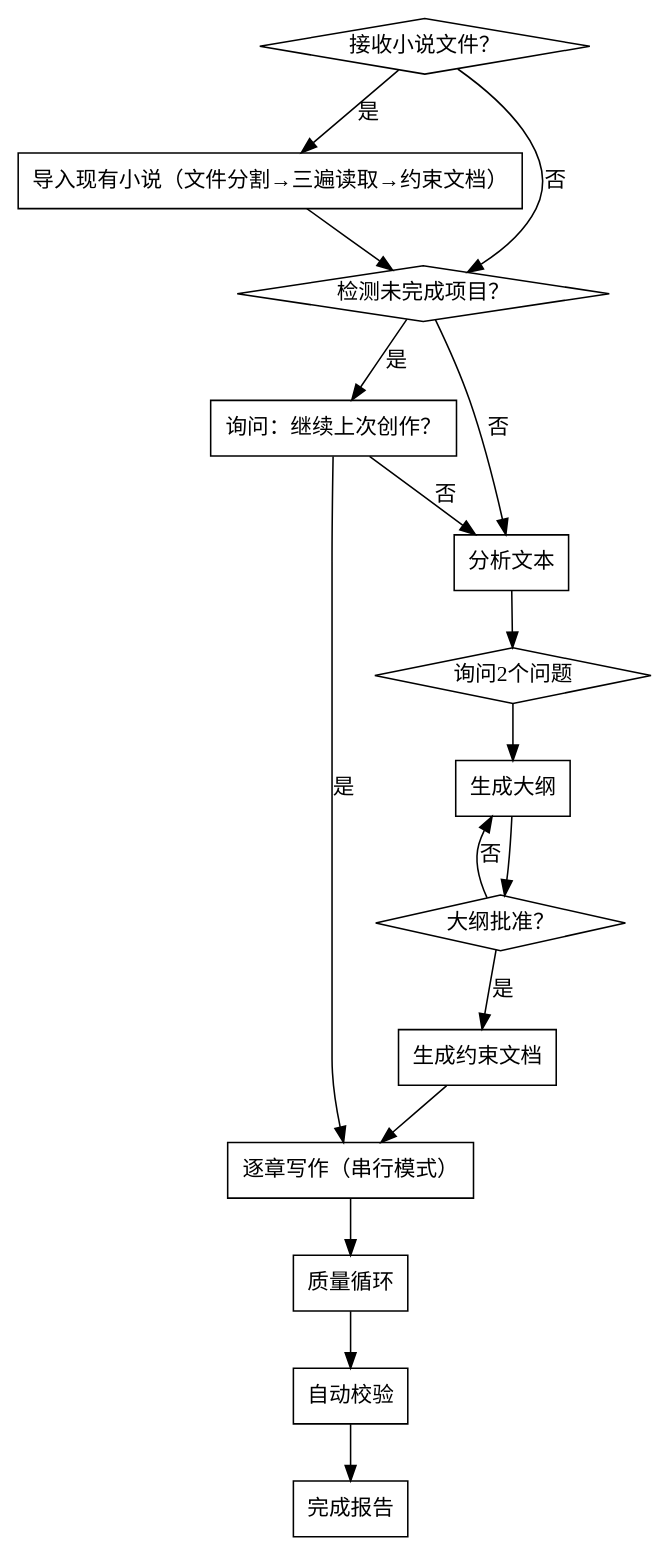
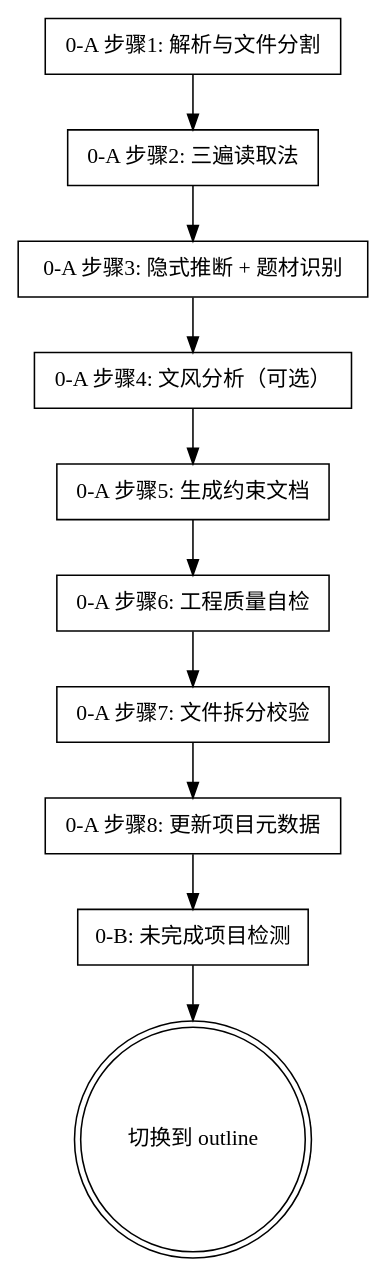
The diagram in novel-continuation/chapter-splitting/SKILL.md (wzwllu/novel-continuation), drawn with Graphviz before and after one commit. The commit also changed other lines of this file and 4 other files, not shown here.

First line of the commit message:
refactor(novel-continuation): comprehensive architecture review and 17-issue fix

````diff
--- a/novel-continuation/chapter-splitting/SKILL.md
+++ b/novel-continuation/chapter-splitting/SKILL.md
@@ -30,34 +34,24 @@
 ```dot
 digraph workflow {
-    "接收小说文件？" [shape=diamond];
-    "导入现有小说（文件分割→三遍读取→约束文档）" [shape=box];
-    "检测未完成项目？" [shape=diamond];
-    "询问：继续上次创作？" [shape=box];
-    "分析文本" [shape=box];
-    "询问2个问题" [shape=diamond];
-    "生成大纲" [shape=box];
-    "大纲批准？" [shape=diamond];
-    "生成约束文档" [shape=box];
-    "逐章写作（串行模式）" [shape=box];
-    "质量循环" [shape=box];
-    "自动校验" [shape=box];
-    "完成报告" [shape=box];
+    "0-A 步骤1: 解析与文件分割" [shape=box];
+    "0-A 步骤2: 三遍读取法" [shape=box];
+    "0-A 步骤3: 隐式推断 + 题材识别" [shape=box];
+    "0-A 步骤4: 文风分析（可选）" [shape=box];
+    "0-A 步骤5: 生成约束文档" [shape=box];
+    "0-A 步骤6: 工程质量自检" [shape=box];
+    "0-A 步骤7: 文件拆分校验" [shape=box];
+    "0-A 步骤8: 更新项目元数据" [shape=box];
+    "0-B: 未完成项目检测" [shape=box];
+    "切换到 outline" [shape=doublecircle];
 
-    "接收小说文件？" -> "导入现有小说（文件分割→三遍读取→约束文档）" [label="是"];
-    "接收小说文件？" -> "检测未完成项目？" [label="否"];
-    "导入现有小说（文件分割→三遍读取→约束文档）" -> "检测未完成项目？";
-    "检测未完成项目？" -> "询问：继续上次创作？" [label="是"];
-    "检测未完成项目？" -> "分析文本" [label="否"];
-    "询问：继续上次创作？" -> "逐章写作（串行模式）" [label="是"];
-    "询问：继续上次创作？" -> "分析文本" [label="否"];
-    "分析文本" -> "询问2个问题";
-    "询问2个问题" -> "生成大纲";
-    "生成大纲" -> "大纲批准？";
-    "大纲批准？" -> "生成约束文档" [label="是"];
-    "大纲批准？" -> "生成大纲" [label="否"];
-    "生成约束文档" -> "逐章写作（串行模式）";
-    "逐章写作（串行模式）" -> "质量循环";
-    "质量循环" -> "自动校验";
-    "自动校验" -> "完成报告";
+    "0-A 步骤1: 解析与文件分割" -> "0-A 步骤2: 三遍读取法";
+    "0-A 步骤2: 三遍读取法" -> "0-A 步骤3: 隐式推断 + 题材识别";
+    "0-A 步骤3: 隐式推断 + 题材识别" -> "0-A 步骤4: 文风分析（可选）";
+    "0-A 步骤4: 文风分析（可选）" -> "0-A 步骤5: 生成约束文档";
+    "0-A 步骤5: 生成约束文档" -> "0-A 步骤6: 工程质量自检";
+    "0-A 步骤6: 工程质量自检" -> "0-A 步骤7: 文件拆分校验";
+    "0-A 步骤7: 文件拆分校验" -> "0-A 步骤8: 更新项目元数据";
+    "0-A 步骤8: 更新项目元数据" -> "0-B: 未完成项目检测";
+    "0-B: 未完成项目检测" -> "切换到 outline";
 }
 ```
````
